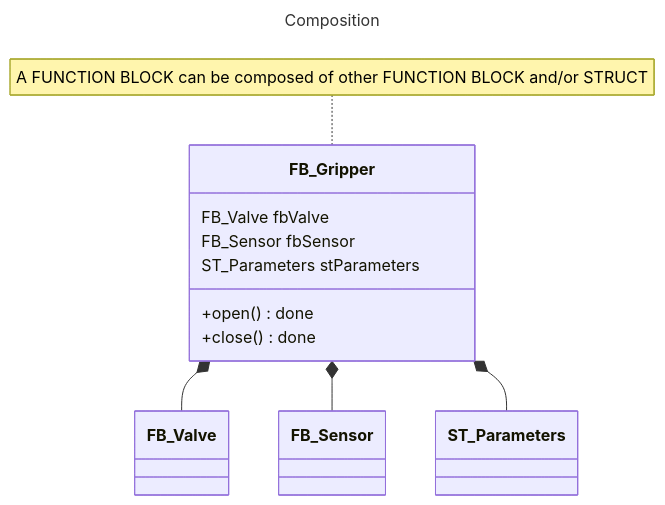
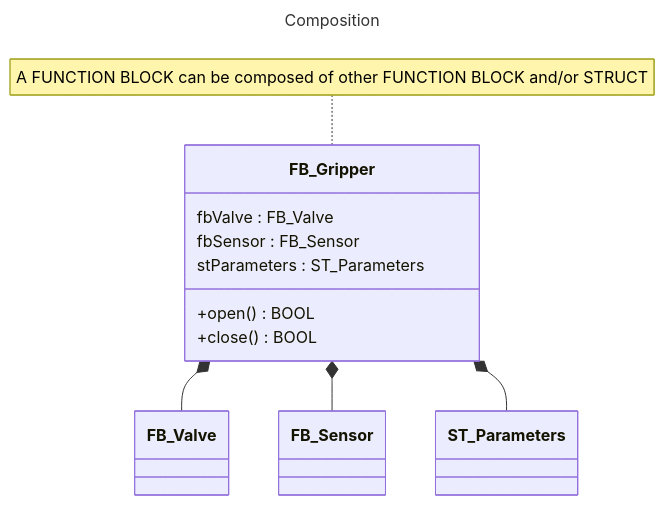
One commit to hei-synd-aaut/aaut-docs changed the sixth of 11 diagrams in AAut_MOD_02_IEC_61131_OOP_InPractice/UML_With_Mermaid_For_61131.md. Above: the diagram before and after it, drawn with Mermaid. The commit also changed other lines of this file and 12 other files, not shown here.

````diff
--- a/AAut_MOD_02_IEC_61131_OOP_InPractice/UML_With_Mermaid_For_61131.md
+++ b/AAut_MOD_02_IEC_61131_OOP_InPractice/UML_With_Mermaid_For_61131.md
@@ -164,24 +176,24 @@
 ```mermaid
 ---
 title: Composition
 ---
 classDiagram
     class FB_Gripper{
-      FB_Valve fbValve
-      FB_Sensor fbSensor
-      ST_Parameters stParameters
-        +open() done<BOOL>
-        +close() done<BOOL>      
+      fbValve : FB_Valve
+      fbSensor : FB_Sensor 
+      stParameters : ST_Parameters 
+      +open() BOOL
+      +close() BOOL      
     }
     note for FB_Gripper "A FUNCTION BLOCK can be composed of other FUNCTION BLOCK and/or STRUCT"
     class FB_Valve{
 
     }
     class FB_Sensor
     class ST_Parameters
 
     FB_Gripper *-- FB_Valve
     FB_Gripper *-- FB_Sensor
     FB_Gripper *-- ST_Parameters
 
 ```
````
